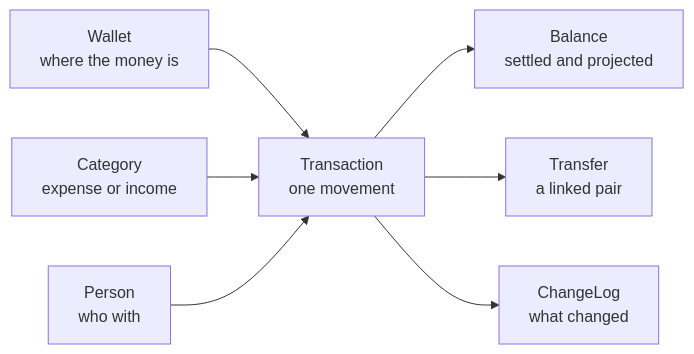
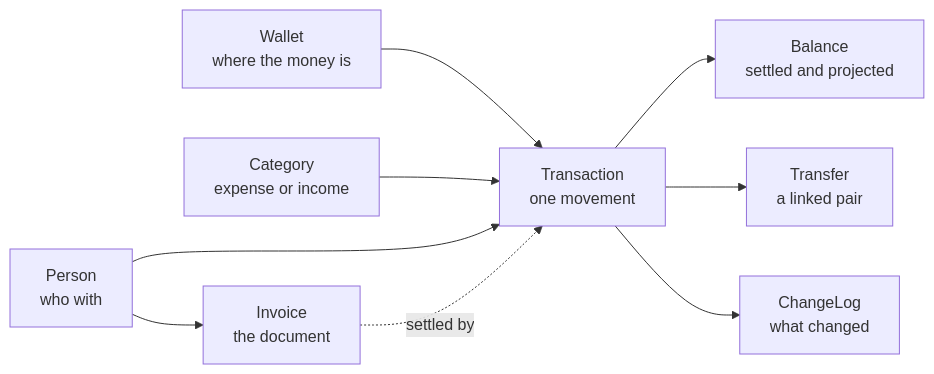
One commit to RafaelEstevamReis/SimpleFinance changed the diagram in WebApi/AGENTS.md. Above: the diagram before and after it, drawn with Mermaid. The commit also changed other lines of this file and 12 other files, not shown here.

````diff
--- a/WebApi/AGENTS.md
+++ b/WebApi/AGENTS.md
@@ -12,9 +12,11 @@
 ```mermaid
 graph LR
   W["Wallet<br/>where the money is"] --> T["Transaction<br/> one movement"]
   C["Category<br/> expense or income"] --> T
   P["Person<br/> who with"] --> T
   T --> B["Balance<br/> settled and projected"]
   T --> X["Transfer<br/> a linked pair"]
   T --> L["ChangeLog<br/> what changed"]
+  P --> I["Invoice<br/> the document"]
+  I -.->|settled by| T
 ```
````
